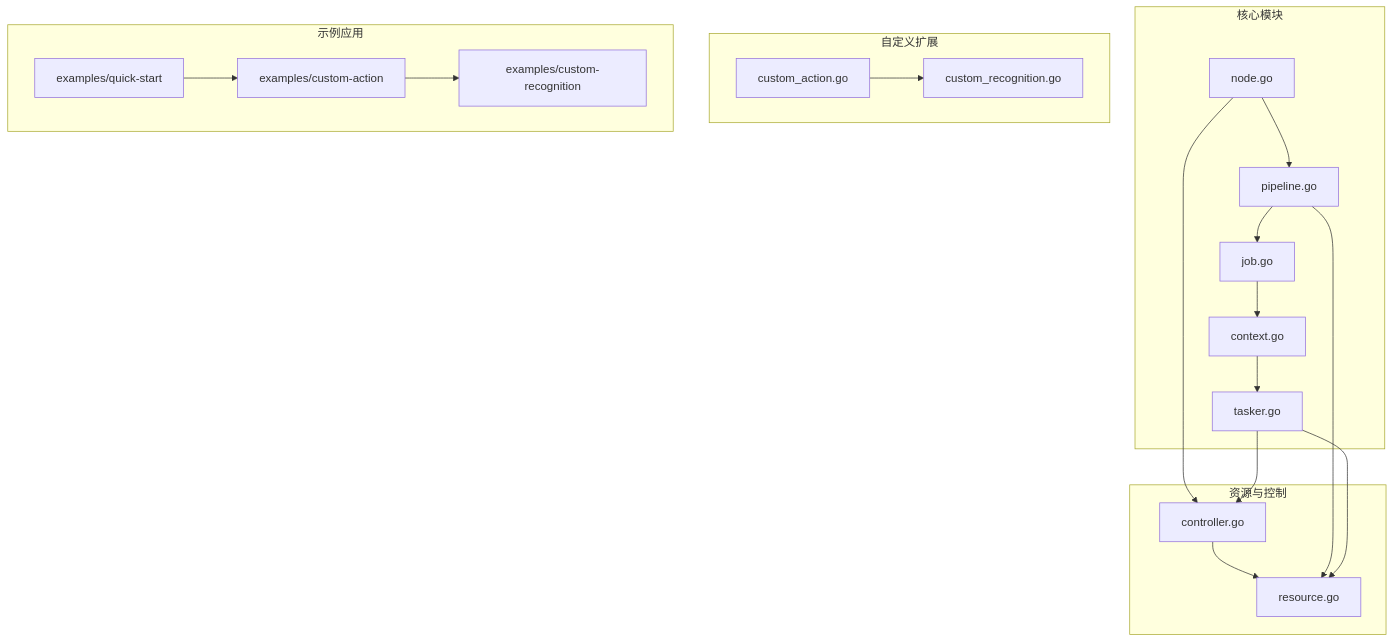
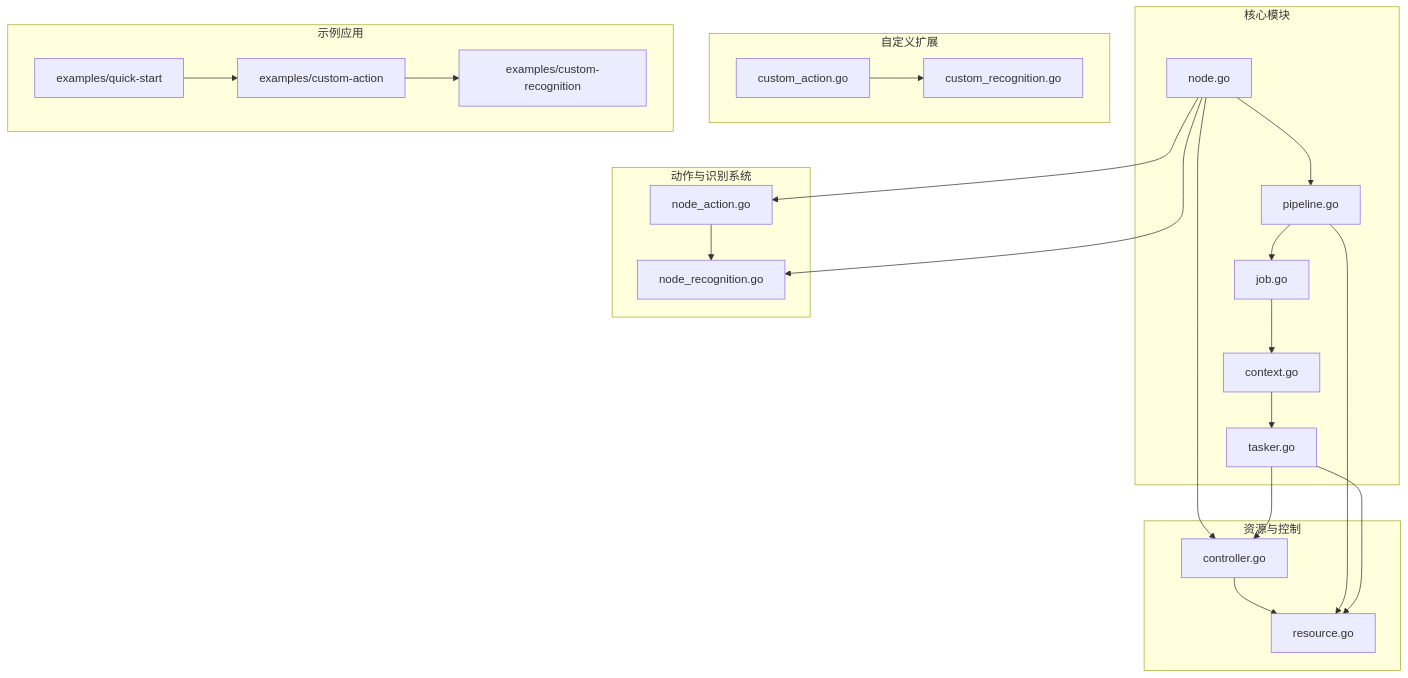
The first of 10 diagrams in instructions/maafw-golang-binding/高级功能/基于节点的流水线系统.md (kqcoxn/MaaPipelineEditor), drawn with Mermaid before and after one commit. The commit also changed other lines of this file and 10 other files, not shown here.

````diff
--- a/instructions/maafw-golang-binding/高级功能/基于节点的流水线系统.md
+++ b/instructions/maafw-golang-binding/高级功能/基于节点的流水线系统.md
@@ -38,23 +50,28 @@
 ```mermaid
 graph TD
 subgraph "核心模块"
 A[node.go] --> B[pipeline.go]
 B --> C[job.go]
 C --> D[context.go]
 D --> E[tasker.go]
 end
+subgraph "动作与识别系统"
+F[node_action.go] --> G[node_recognition.go]
+A --> F
+A --> G
+end
 subgraph "资源与控制"
-F[controller.go] --> G[resource.go]
+H[controller.go] --> I[resource.go]
 end
 subgraph "自定义扩展"
-H[custom_action.go] --> I[custom_recognition.go]
+J[custom_action.go] --> K[custom_recognition.go]
 end
 subgraph "示例应用"
-J[examples/quick-start] --> K[examples/custom-action]
-K --> L[examples/custom-recognition]
+L[examples/quick-start] --> M[examples/custom-action]
+M --> N[examples/custom-recognition]
 end
-A --> F
-B --> G
-E --> F
-E --> G
+A --> H
+B --> I
+E --> H
+E --> I
 ```
````
